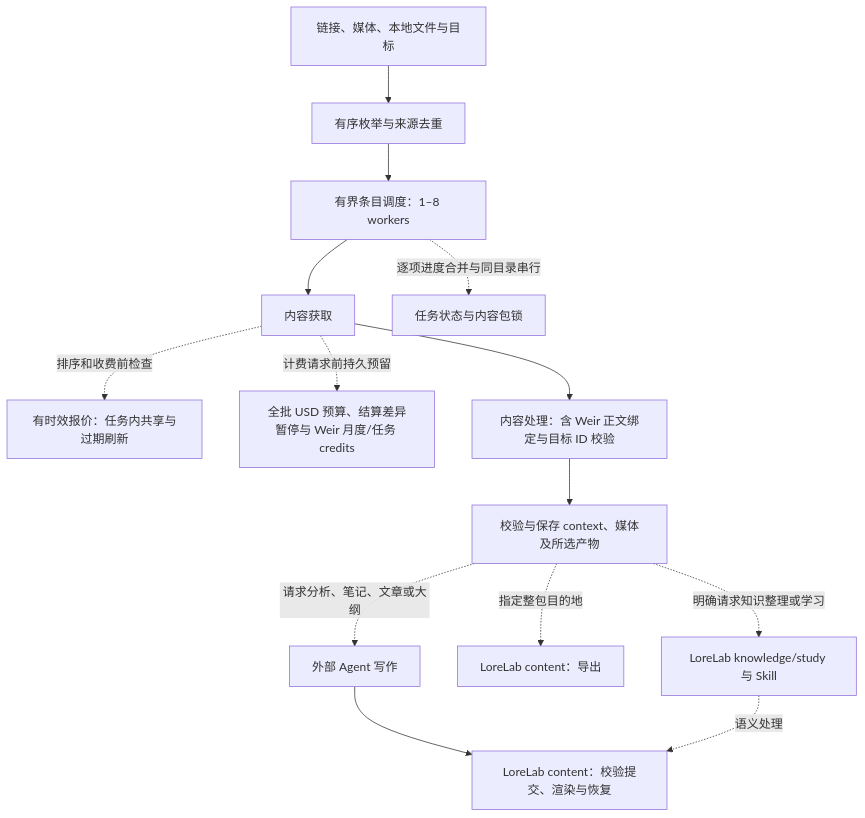
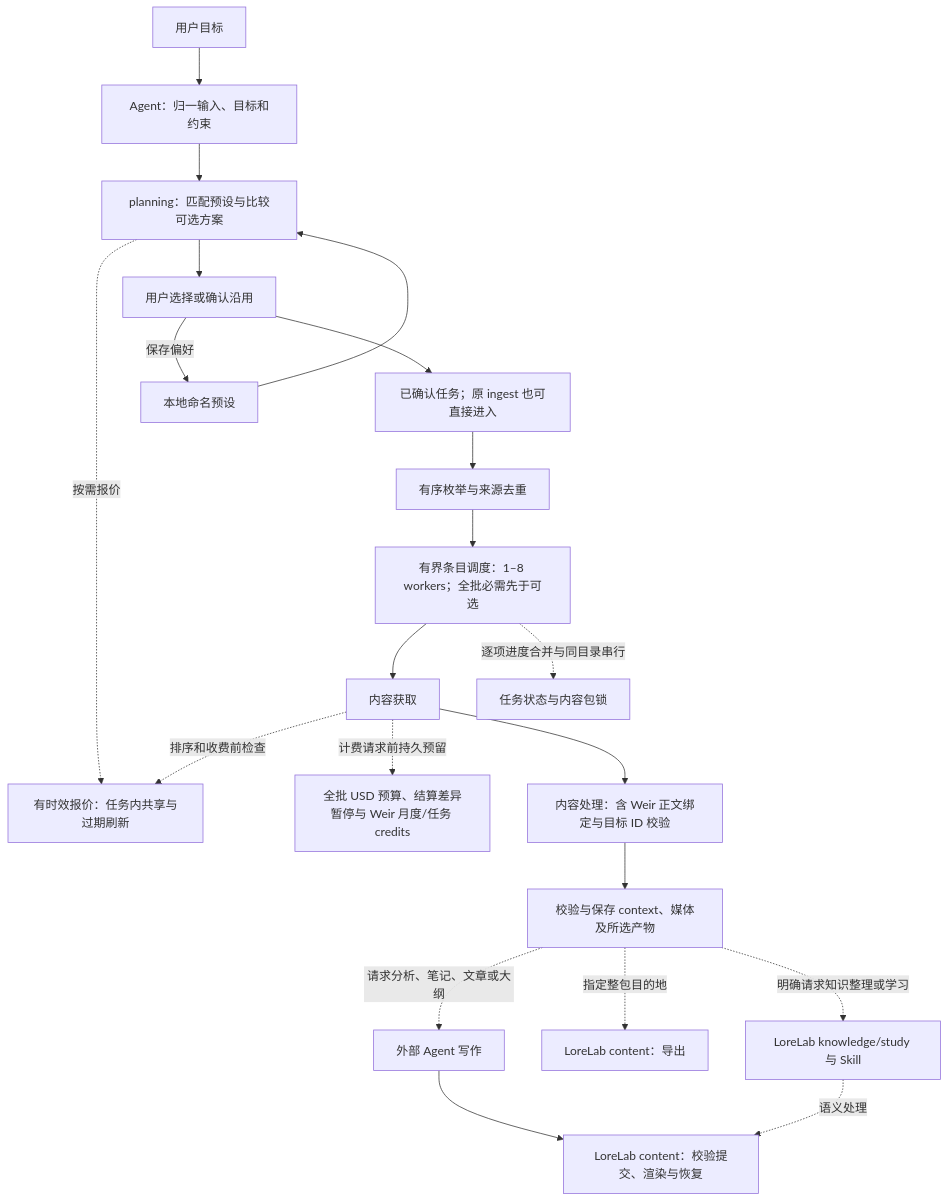
One commit to 0xTotoroX/lorelab changed the first of 2 diagrams in modules/soota/docs/providers.md. Above: the diagram before and after it, drawn with Mermaid. The commit also changed other lines of this file and 32 other files, not shown here.

````diff
--- a/modules/soota/docs/providers.md
+++ b/modules/soota/docs/providers.md
@@ -19,17 +19,24 @@
 ```mermaid
 flowchart TD
-    A[链接、媒体、本地文件与目标] --> B[有序枚举与来源去重]
-    B --> H[有界条目调度：1–8 workers]
+    U[用户目标] --> N[Agent：归一输入、目标和约束]
+    N --> PL[planning：匹配预设与比较可选方案]
+    PRE[本地命名预设] --> PL
+    PL -.按需报价.-> P
+    PL --> CONF[用户选择或确认沿用]
+    CONF -->|保存偏好| PRE
+    CONF --> A[已确认任务；原 ingest 也可直接进入]
+    A --> B[有序枚举与来源去重]
+    B --> H[有界条目调度：1–8 workers；全批必需先于可选]
     H --> C[内容获取]
     H -.逐项进度合并与同目录串行.-> S[任务状态与内容包锁]
     C -.排序和收费前检查.-> P[有时效报价：任务内共享与过期刷新]
     C -.计费请求前持久预留.-> Q[全批 USD 预算、结算差异暂停与 Weir 月度/任务 credits]
     C --> D[内容处理：含 Weir 正文绑定与目标 ID 校验]
     D --> E[校验与保存 context、媒体及所选产物]
     E -.请求分析、笔记、文章或大纲.-> F[外部 Agent 写作]
     F --> L[LoreLab content：校验提交、渲染与恢复]
     E -.指定整包目的地.-> G[LoreLab content：导出]
     E -.明确请求知识整理或学习.-> K[LoreLab knowledge/study 与 Skill]
     K -.语义处理.-> L
 
 ```
````
